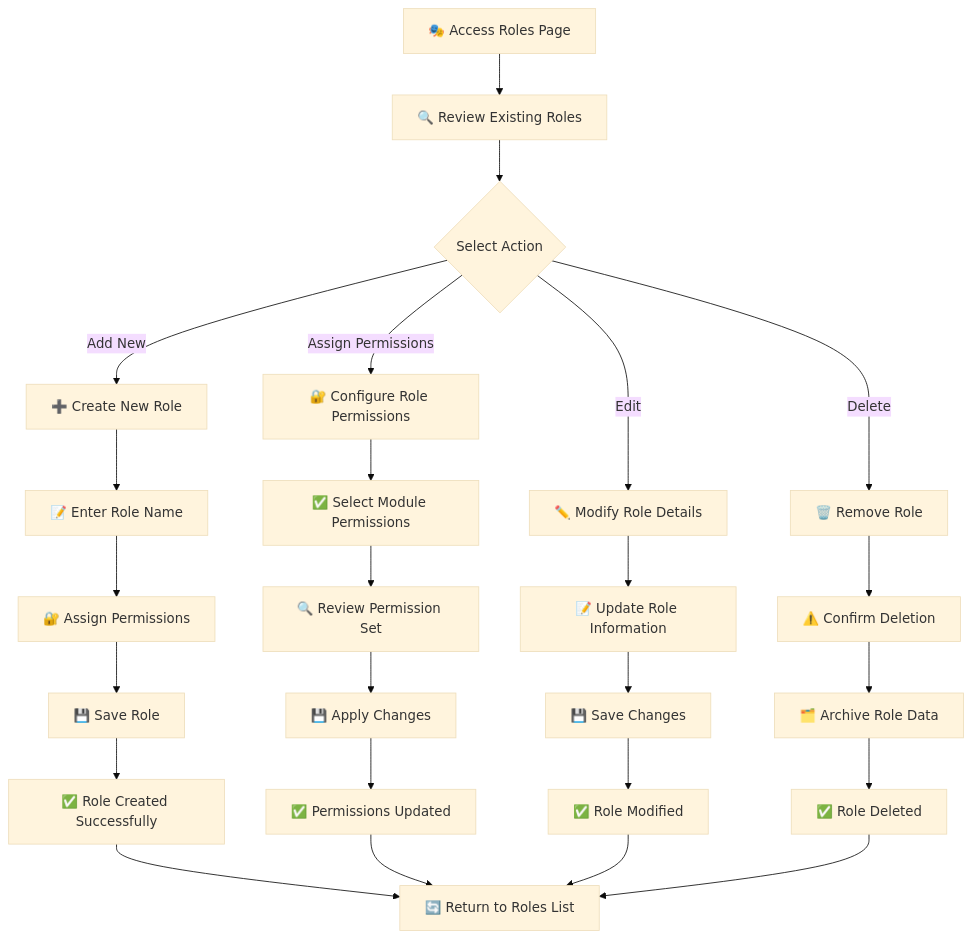
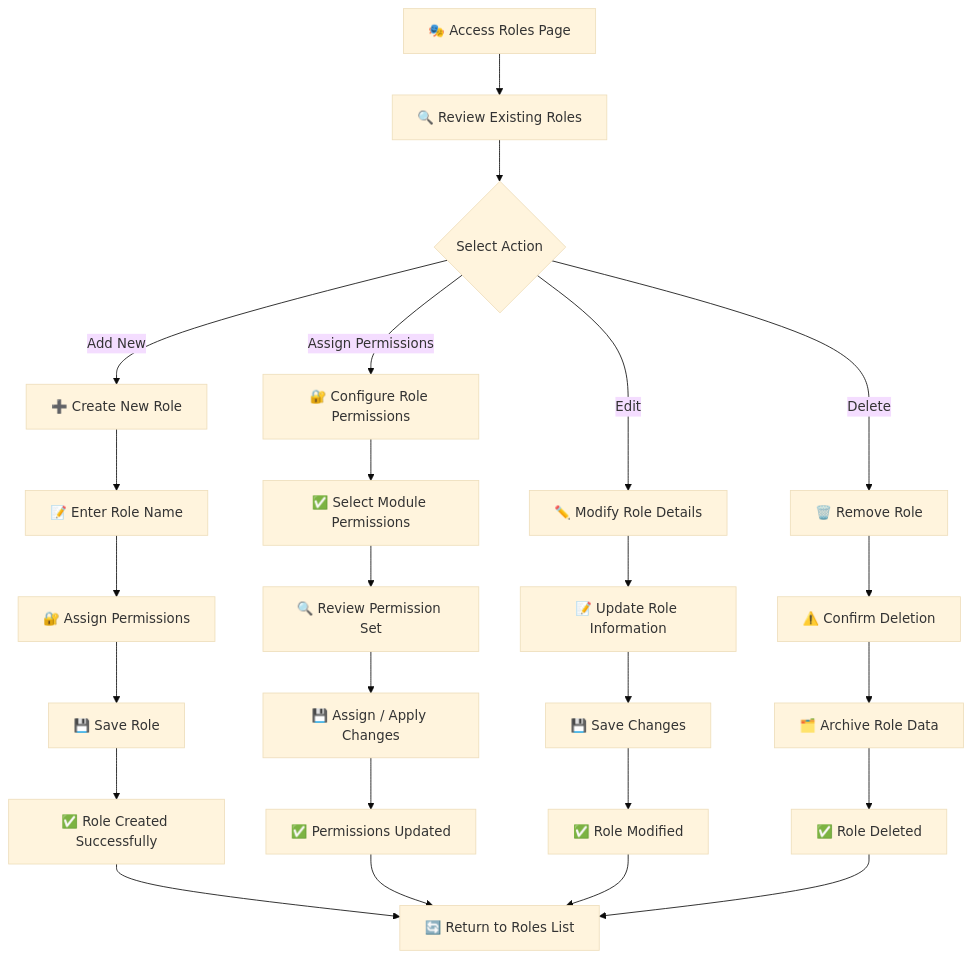
One commit to rizlerai/docs changed the diagram in user-management/roles.mdx. Above: the diagram before and after it, drawn with Mermaid (base theme). The commit also changed other lines of this file and 25 other files, not shown here.

````diff
--- a/user-management/roles.mdx
+++ b/user-management/roles.mdx
@@ -363,33 +438,33 @@
 ```mermaid
 graph TD
     A[🎭 Access Roles Page] --> B[🔍 Review Existing Roles]
     B --> C{Select Action}
     C -->|Add New| D[➕ Create New Role]
     C -->|Assign Permissions| E[🔐 Configure Role Permissions]
     C -->|Edit| F[✏️ Modify Role Details]
     C -->|Delete| G[🗑️ Remove Role]
     
     D --> H[📝 Enter Role Name]
     H --> I[🔐 Assign Permissions]
     I --> J[💾 Save Role]
     
     E --> K[✅ Select Module Permissions]
     K --> L[🔍 Review Permission Set]
-    L --> M[💾 Apply Changes]
+    L --> M[💾 Assign / Apply Changes]
     
     F --> N[📝 Update Role Information]
     N --> O[💾 Save Changes]
     
     G --> P[⚠️ Confirm Deletion]
     P --> Q[🗂️ Archive Role Data]
     
     J --> R[✅ Role Created Successfully]
     M --> S[✅ Permissions Updated]
     O --> T[✅ Role Modified]
     Q --> U[✅ Role Deleted]
     
     R --> V[🔄 Return to Roles List]
     S --> V
     T --> V
     U --> V
 ```
````
